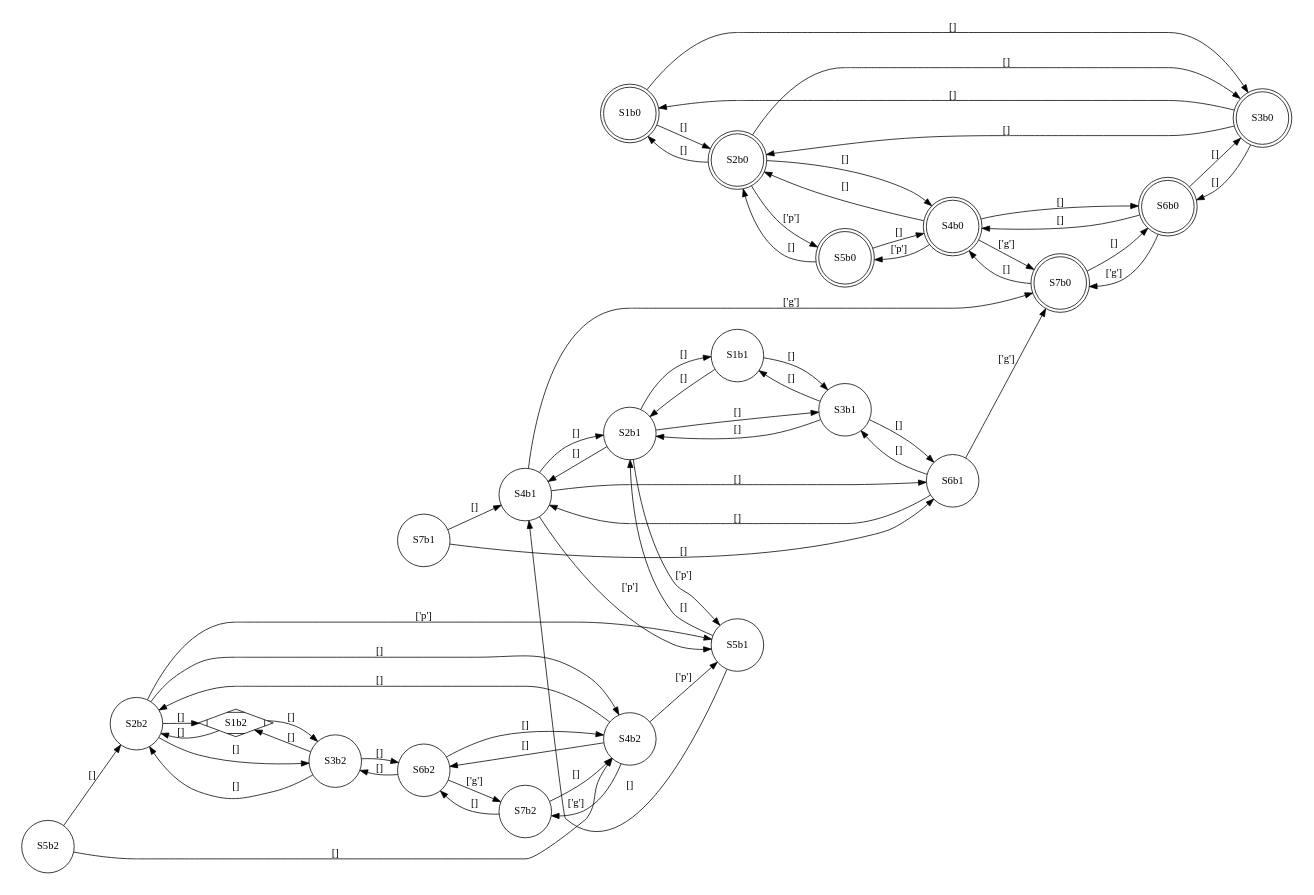
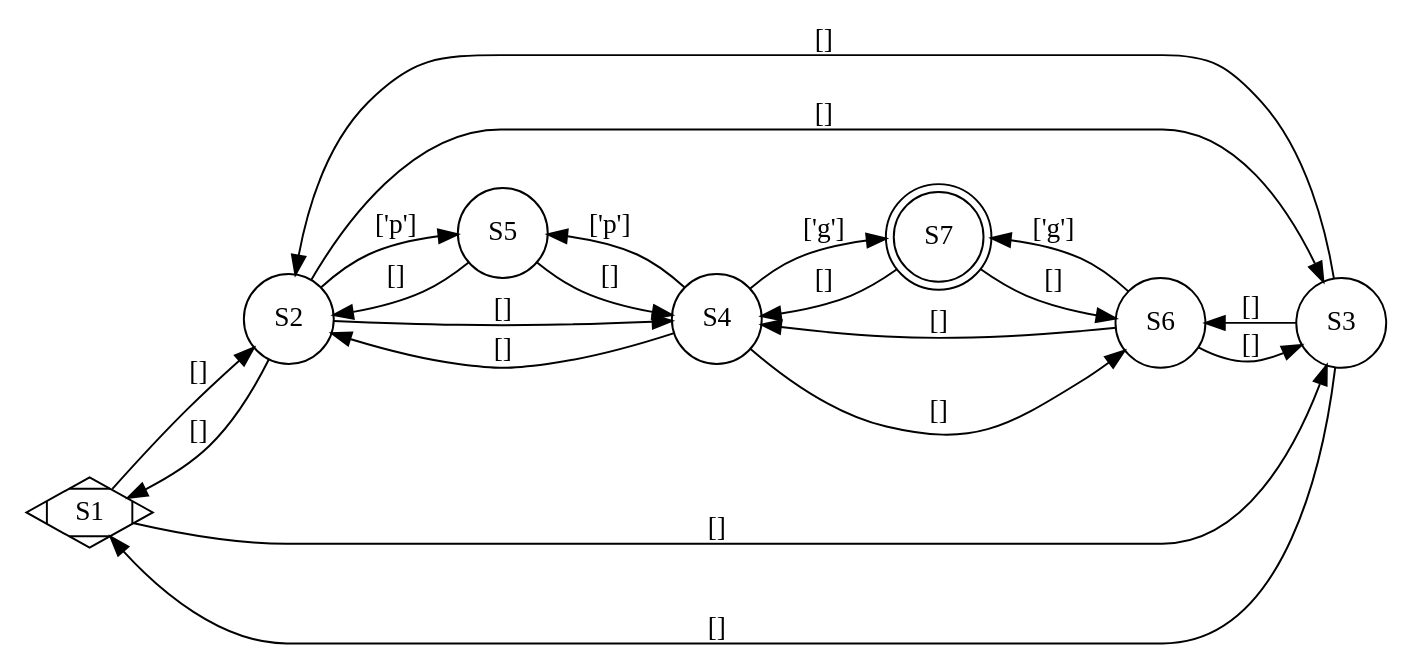
One commit to casoku/thesis changed the diagram in fsm.gv. Above: the diagram before and after it, drawn with Graphviz. The commit also changed 5 other files, not shown here.

Commit message:
improve graph visualization

```diff
--- a/fsm.gv
+++ b/fsm.gv
@@ -1,106 +1,38 @@
 digraph finite_state_machine {
 	rankdir=LR size="8,5"
+	node [shape=Mdiamond]
+	S1
+	node [shape=circle]
+	S2
+	node [shape=circle]
+	S3
+	node [shape=circle]
+	S4
+	node [shape=circle]
+	S5
+	node [shape=circle]
+	S6
 	node [shape=doublecircle]
-	S1b0
+	S7
 	node [shape=circle]
-	S1b1
-	node [shape=Mdiamond]
-	S1b2
-	node [shape=doublecircle]
-	S2b0
-	node [shape=circle]
-	S2b1
-	node [shape=circle]
-	S2b2
-	node [shape=doublecircle]
-	S3b0
-	node [shape=circle]
-	S3b1
-	node [shape=circle]
-	S3b2
-	node [shape=doublecircle]
-	S4b0
-	node [shape=circle]
-	S4b1
-	node [shape=circle]
-	S4b2
-	node [shape=doublecircle]
-	S5b0
-	node [shape=circle]
-	S5b1
-	node [shape=circle]
-	S5b2
-	node [shape=doublecircle]
-	S6b0
-	node [shape=circle]
-	S6b1
-	node [shape=circle]
-	S6b2
-	node [shape=doublecircle]
-	S7b0
-	node [shape=circle]
-	S7b1
-	node [shape=circle]
-	S7b2
-	node [shape=circle]
-	S1b0 -> S2b0 [label="[]"]
-	S1b1 -> S2b1 [label="[]"]
-	S1b2 -> S2b2 [label="[]"]
-	S2b0 -> S1b0 [label="[]"]
-	S2b1 -> S1b1 [label="[]"]
-	S2b2 -> S1b2 [label="[]"]
-	S1b0 -> S3b0 [label="[]"]
-	S1b1 -> S3b1 [label="[]"]
-	S1b2 -> S3b2 [label="[]"]
-	S3b0 -> S1b0 [label="[]"]
-	S3b1 -> S1b1 [label="[]"]
-	S3b2 -> S1b2 [label="[]"]
-	S3b0 -> S2b0 [label="[]"]
-	S3b1 -> S2b1 [label="[]"]
-	S3b2 -> S2b2 [label="[]"]
-	S2b0 -> S3b0 [label="[]"]
-	S2b1 -> S3b1 [label="[]"]
-	S2b2 -> S3b2 [label="[]"]
-	S2b0 -> S4b0 [label="[]"]
-	S2b1 -> S4b1 [label="[]"]
-	S2b2 -> S4b2 [label="[]"]
-	S4b0 -> S2b0 [label="[]"]
-	S4b1 -> S2b1 [label="[]"]
-	S4b2 -> S2b2 [label="[]"]
-	S2b0 -> S5b0 [label="['p']"]
-	S2b1 -> S5b1 [label="['p']"]
-	S2b2 -> S5b1 [label="['p']"]
-	S5b0 -> S2b0 [label="[]"]
-	S5b1 -> S2b1 [label="[]"]
-	S5b2 -> S2b2 [label="[]"]
-	S4b0 -> S5b0 [label="['p']"]
-	S4b1 -> S5b1 [label="['p']"]
-	S4b2 -> S5b1 [label="['p']"]
-	S5b0 -> S4b0 [label="[]"]
-	S5b1 -> S4b1 [label="[]"]
-	S5b2 -> S4b2 [label="[]"]
-	S3b0 -> S6b0 [label="[]"]
-	S3b1 -> S6b1 [label="[]"]
-	S3b2 -> S6b2 [label="[]"]
-	S6b0 -> S3b0 [label="[]"]
-	S6b1 -> S3b1 [label="[]"]
-	S6b2 -> S3b2 [label="[]"]
-	S6b0 -> S7b0 [label="['g']"]
-	S6b1 -> S7b0 [label="['g']"]
-	S6b2 -> S7b2 [label="['g']"]
-	S7b0 -> S6b0 [label="[]"]
-	S7b1 -> S6b1 [label="[]"]
-	S7b2 -> S6b2 [label="[]"]
-	S4b0 -> S7b0 [label="['g']"]
-	S4b1 -> S7b0 [label="['g']"]
-	S4b2 -> S7b2 [label="['g']"]
-	S7b0 -> S4b0 [label="[]"]
-	S7b1 -> S4b1 [label="[]"]
-	S7b2 -> S4b2 [label="[]"]
-	S4b0 -> S6b0 [label="[]"]
-	S4b1 -> S6b1 [label="[]"]
-	S4b2 -> S6b2 [label="[]"]
-	S6b0 -> S4b0 [label="[]"]
-	S6b1 -> S4b1 [label="[]"]
-	S6b2 -> S4b2 [label="[]"]
+	S1 -> S2 [label="[]"]
+	S2 -> S1 [label="[]"]
+	S1 -> S3 [label="[]"]
+	S3 -> S1 [label="[]"]
+	S3 -> S2 [label="[]"]
+	S2 -> S3 [label="[]"]
+	S2 -> S4 [label="[]"]
+	S4 -> S2 [label="[]"]
+	S2 -> S5 [label="['p']"]
+	S5 -> S2 [label="[]"]
+	S4 -> S5 [label="['p']"]
+	S5 -> S4 [label="[]"]
+	S3 -> S6 [label="[]"]
+	S6 -> S3 [label="[]"]
+	S6 -> S7 [label="['g']"]
+	S7 -> S6 [label="[]"]
+	S4 -> S7 [label="['g']"]
+	S7 -> S4 [label="[]"]
+	S4 -> S6 [label="[]"]
+	S6 -> S4 [label="[]"]
 }
```
